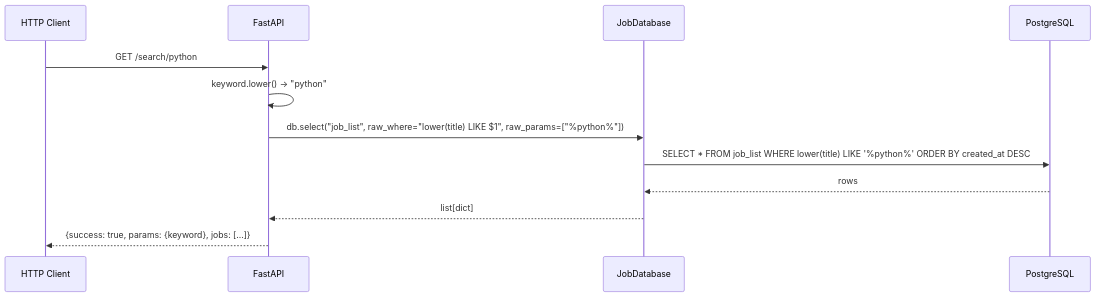
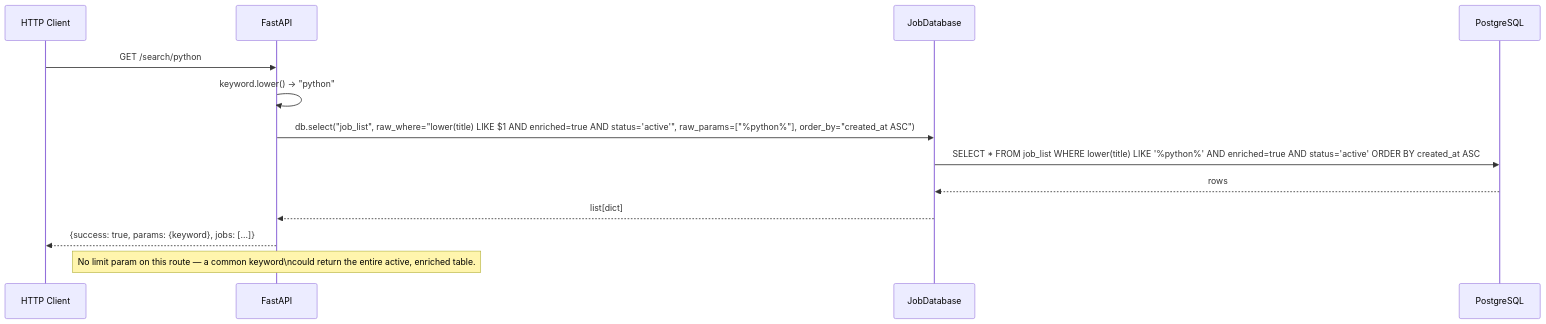
The fourth of 6 diagrams in docs/diagrams/main_api_seq.md (AustinDwomoh/libra), drawn with Mermaid before and after one commit. The commit also changed other lines of this file and 26 other files, not shown here.

````diff
--- a/docs/diagrams/main_api_seq.md
+++ b/docs/diagrams/main_api_seq.md
@@ -54,16 +55,17 @@
 ```mermaid
 %% sequenceDiagram — GET /search/{keyword} (title keyword search)
 sequenceDiagram
     participant Client as HTTP Client
     participant App as FastAPI
     participant DB as JobDatabase
     participant PG as PostgreSQL
 
     Client->>App: GET /search/python
     App->>App: keyword.lower() → "python"
-    App->>DB: db.select("job_list", raw_where="lower(title) LIKE $1", raw_params=["%python%"])
-    DB->>PG: SELECT * FROM job_list WHERE lower(title) LIKE '%python%' ORDER BY created_at DESC
+    App->>DB: db.select("job_list", raw_where="lower(title) LIKE $1 AND enriched=true AND status='active'", raw_params=["%python%"], order_by="created_at ASC")
+    DB->>PG: SELECT * FROM job_list WHERE lower(title) LIKE '%python%' AND enriched=true AND status='active' ORDER BY created_at ASC
     PG-->>DB: rows
     DB-->>App: list[dict]
     App-->>Client: {success: true, params: {keyword}, jobs: [...]}
+    Note over App: No limit param on this route — a common keyword\ncould return the entire active, enriched table.
 ```
````
